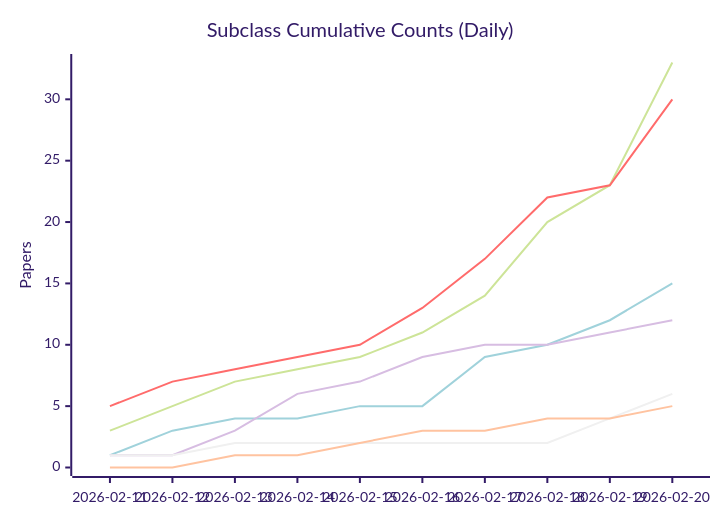
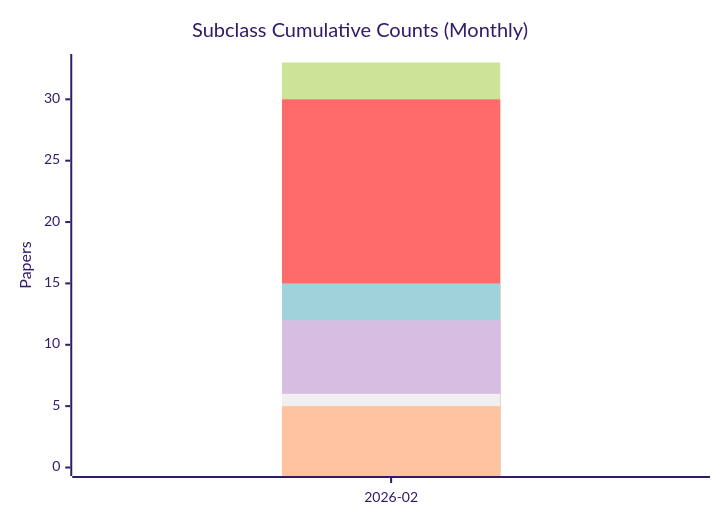
Before and after one commit to inoue0426/llm-judge-research-tracker: the second of 3 diagrams in README.md, drawn with Mermaid (forest theme). The commit also changed other lines of this file and 1 other file, not shown here.

````diff
--- a/README.md
+++ b/README.md
@@ -34,12 +34,12 @@
 ```mermaid
 xychart-beta
-    title "Subclass Cumulative Counts (Daily)"
-    x-axis ["2026-02-11", "2026-02-12", "2026-02-13", "2026-02-14", "2026-02-15", "2026-02-16", "2026-02-17", "2026-02-18", "2026-02-19", "2026-02-20"]
+    title "Subclass Cumulative Counts (Monthly)"
+    x-axis ["2026-02"]
     y-axis "Papers" 0 --> 33
-    line "Judge Reliability And Calibration" [3, 5, 7, 8, 9, 11, 14, 20, 23, 33]
-    line "Benchmark And Dataset Creation" [5, 7, 8, 9, 10, 13, 17, 22, 23, 30]
-    line "Metrics And Scoring Methods" [1, 3, 4, 4, 5, 5, 9, 10, 12, 15]
-    line "Judge Prompting Protocols" [1, 1, 3, 6, 7, 9, 10, 10, 11, 12]
-    line "Robustness And Sensitivity" [1, 1, 2, 2, 2, 2, 2, 2, 4, 6]
-    line "Other" [0, 0, 1, 1, 2, 3, 3, 4, 4, 5]
+    bar "Judge Reliability And Calibration" [33]
+    bar "Benchmark And Dataset Creation" [30]
+    bar "Metrics And Scoring Methods" [15]
+    bar "Judge Prompting Protocols" [12]
+    bar "Robustness And Sensitivity" [6]
+    bar "Other" [5]
 ```
````
